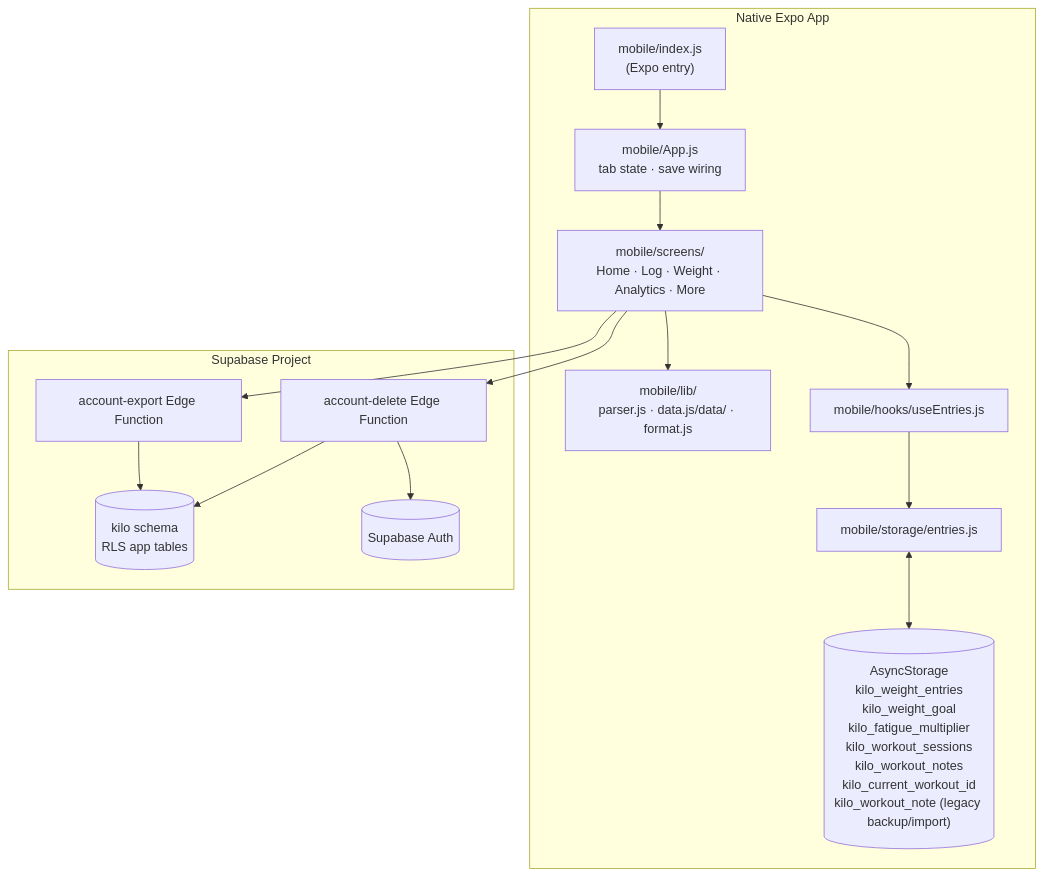
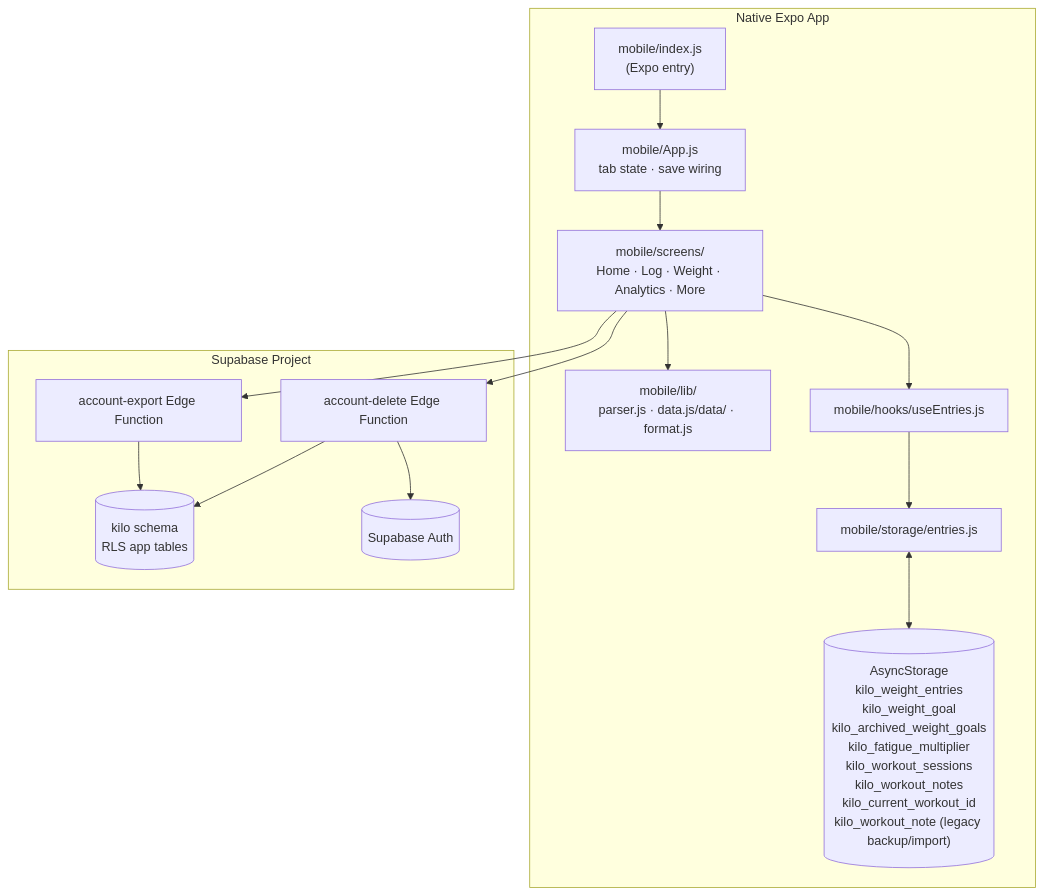
The diagram in docs/architecture.md (bpronin90/kilo), drawn with Mermaid before and after one commit. The commit also changed other lines of this file and 7 other files, not shown here.

Commit message:
Close issue 372 weight goal lifecycle

````diff
--- a/docs/architecture.md
+++ b/docs/architecture.md
@@ -13,30 +13,30 @@
 ```mermaid
 graph TD
     subgraph expo["Native Expo App"]
         ExpoEntry["mobile/index.js\n(Expo entry)"]
         AppJs["mobile/App.js\ntab state · save wiring"]
         NativeScreens["mobile/screens/\nHome · Log · Weight · Analytics · More"]
         NativeLib["mobile/lib/\nparser.js · data.js/data/ · format.js"]
         NativeHooks["mobile/hooks/useEntries.js"]
         NativeStorage["mobile/storage/entries.js"]
-        AS[("AsyncStorage\nkilo_weight_entries\nkilo_weight_goal\nkilo_fatigue_multiplier\nkilo_workout_sessions\nkilo_workout_notes\nkilo_current_workout_id\nkilo_workout_note (legacy backup/import)")]
+        AS[("AsyncStorage\nkilo_weight_entries\nkilo_weight_goal\nkilo_archived_weight_goals\nkilo_fatigue_multiplier\nkilo_workout_sessions\nkilo_workout_notes\nkilo_current_workout_id\nkilo_workout_note (legacy backup/import)")]
     end
     subgraph supabase["Supabase Project"]
         EdgeExport["account-export Edge Function"]
         EdgeDelete["account-delete Edge Function"]
         KiloSchema[("kilo schema\nRLS app tables")]
         Auth[("Supabase Auth")]
     end
 
     ExpoEntry --> AppJs
     AppJs --> NativeScreens
     NativeScreens --> NativeLib
     NativeScreens --> NativeHooks
     NativeHooks --> NativeStorage
     NativeStorage <--> AS
     NativeScreens --> EdgeExport
     NativeScreens --> EdgeDelete
     EdgeExport --> KiloSchema
     EdgeDelete --> KiloSchema
     EdgeDelete --> Auth
 ```
````
